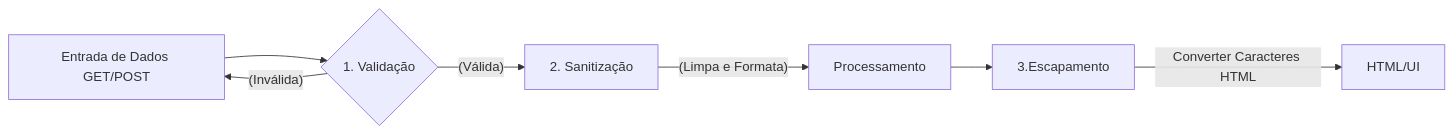
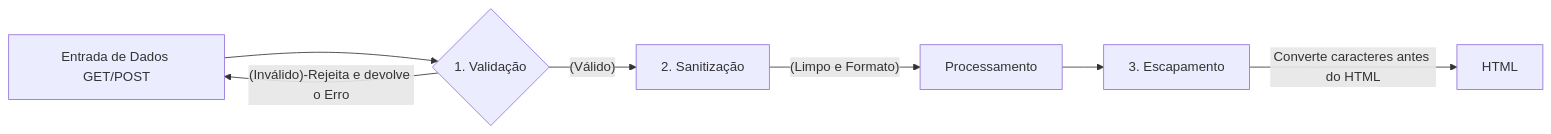
The ninth of 18 diagrams in README.md (FelipeScalfi/BackEnd), drawn with Mermaid before and after one commit. The commit also changed other lines of this file and 12 other files, not shown here.

````diff
--- a/README.md
+++ b/README.md
@@ -1009,19 +1007,17 @@
 ```mermaid
 
 flowchart LR
-
-    A[Entrada de Dados GET/POST]
+    A[Entrada de Dados GET/POST] 
     B{1. Validação}
     C[2. Sanitização]
     D[Processamento]
-    E[3.Escapamento]
-    F[HTML/UI]
+    E[3. Escapamento]
+    F[HTML]
 
     A --> B
-    B --(Inválida)--> A
-    B --(Válida) --> C
-    C --(Limpa e Formata) --> D
+    B -- (Inválido)-Rejeita e devolve o Erro --> A
+    B -- (Válido) --> C
+    C -- (Limpo e Formato) --> D
     D --> E
-    E -- Converter Caracteres HTML --> F
-
+    E -- Converte caracteres antes do HTML --> F
 ```
````
